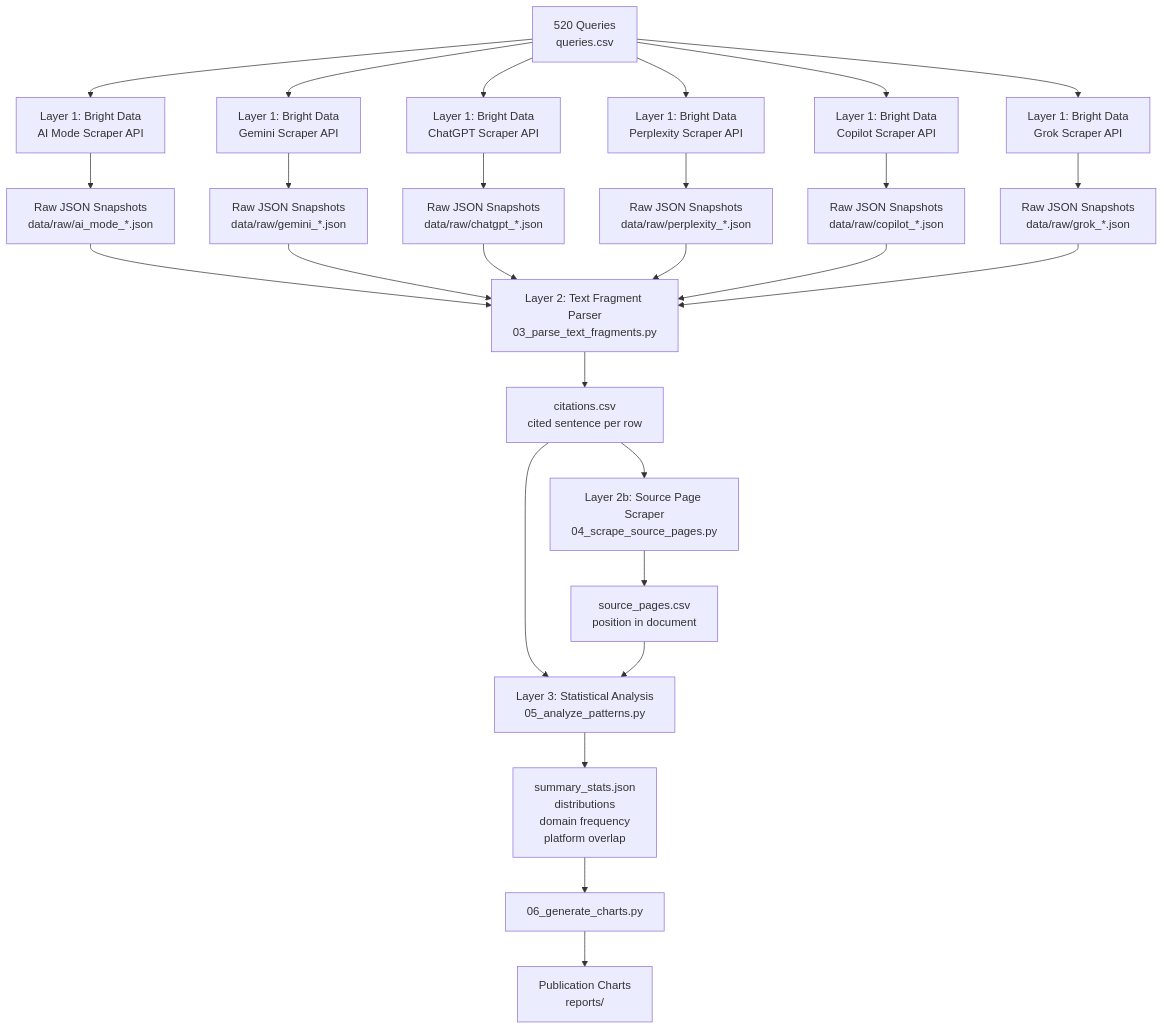
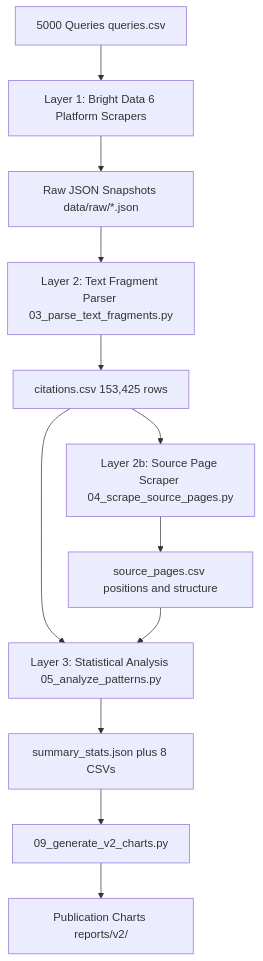
One commit to danishashko/ai-citation-patterns changed the diagram in article/article.md. Above: the diagram before and after it, drawn with Mermaid. The commit also changed other lines of this file and 39 other files, not shown here.

````diff
--- a/article/article.md
+++ b/article/article.md
@@ -94,29 +113,14 @@
 ```mermaid
 flowchart TD
-    A[520 Queries<br>queries.csv] --> B[Layer 1: Bright Data<br>AI Mode Scraper API]
-    A --> C[Layer 1: Bright Data<br>Gemini Scraper API]
-    A --> B2[Layer 1: Bright Data<br>ChatGPT Scraper API]
-    A --> B3[Layer 1: Bright Data<br>Perplexity Scraper API]
-    A --> B4[Layer 1: Bright Data<br>Copilot Scraper API]
-    A --> B5[Layer 1: Bright Data<br>Grok Scraper API]
-    B --> D[Raw JSON Snapshots<br>data/raw/ai_mode_*.json]
-    C --> E[Raw JSON Snapshots<br>data/raw/gemini_*.json]
-    B2 --> D2[Raw JSON Snapshots<br>data/raw/chatgpt_*.json]
-    B3 --> D3[Raw JSON Snapshots<br>data/raw/perplexity_*.json]
-    B4 --> D4[Raw JSON Snapshots<br>data/raw/copilot_*.json]
-    B5 --> D5[Raw JSON Snapshots<br>data/raw/grok_*.json]
-    D --> F[Layer 2: Text Fragment Parser<br>03_parse_text_fragments.py]
-    E --> F
-    D2 --> F
-    D3 --> F
-    D4 --> F
-    D5 --> F
-    F --> G[citations.csv<br>cited sentence per row]
-    G --> H[Layer 2b: Source Page Scraper<br>04_scrape_source_pages.py]
-    H --> I[source_pages.csv<br>position in document]
-    G --> J[Layer 3: Statistical Analysis<br>05_analyze_patterns.py]
+    A[5000 Queries queries.csv] --> B[Layer 1: Bright Data 6 Platform Scrapers]
+    B --> D[Raw JSON Snapshots data/raw/*.json]
+    D --> F[Layer 2: Text Fragment Parser 03_parse_text_fragments.py]
+    F --> G[citations.csv 153,425 rows]
+    G --> H[Layer 2b: Source Page Scraper 04_scrape_source_pages.py]
+    H --> I[source_pages.csv positions and structure]
+    G --> J[Layer 3: Statistical Analysis 05_analyze_patterns.py]
     I --> J
-    J --> K[summary_stats.json<br>distributions<br>domain frequency<br>platform overlap]
-    K --> L[06_generate_charts.py]
-    L --> M[Publication Charts<br>reports/]
+    J --> K[summary_stats.json plus 8 CSVs]
+    K --> L[09_generate_v2_charts.py]
+    L --> M[Publication Charts reports/v2/]
 ```
````
